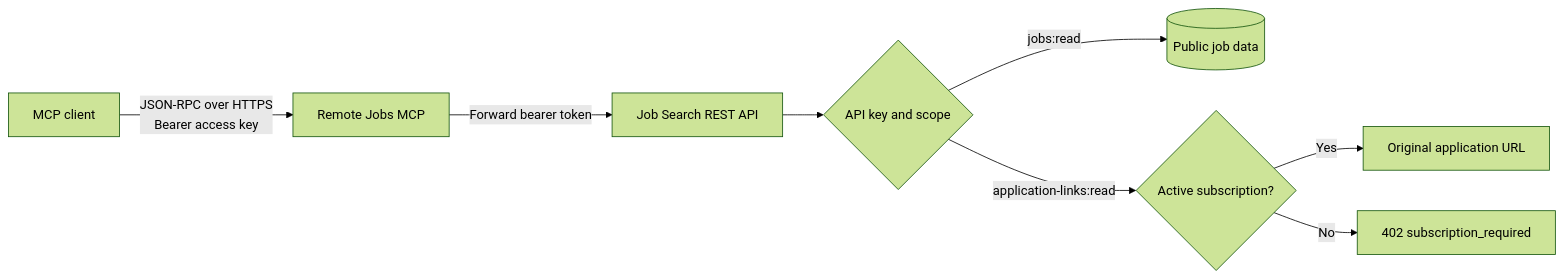
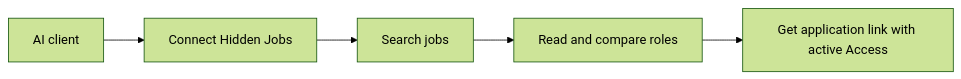
The diagram in README.md (hiddenjobs/job-search-mcp), drawn with Mermaid (forest theme) before and after one commit. The commit also changed other lines of this file and 16 other files, not shown here.

````diff
--- a/README.md
+++ b/README.md
@@ -83,10 +56,7 @@
 ```mermaid
 flowchart LR
-    Client[MCP client] -->|JSON-RPC over HTTPS\nBearer access key| MCP[Remote Jobs MCP]
-    MCP -->|Forward bearer token| API[Job Search REST API]
-    API --> Auth{API key and scope}
-    Auth -->|jobs:read| Jobs[(Public job data)]
-    Auth -->|application-links:read| Subscription{Active subscription?}
-    Subscription -->|Yes| Link[Original application URL]
-    Subscription -->|No| Denied[402 subscription_required]
+    Client[AI client] --> Connect[Connect Hidden Jobs]
+    Connect --> Search[Search jobs]
+    Search --> Details[Read and compare roles]
+    Details --> Link[Get application link with active Access]
 ```
````
